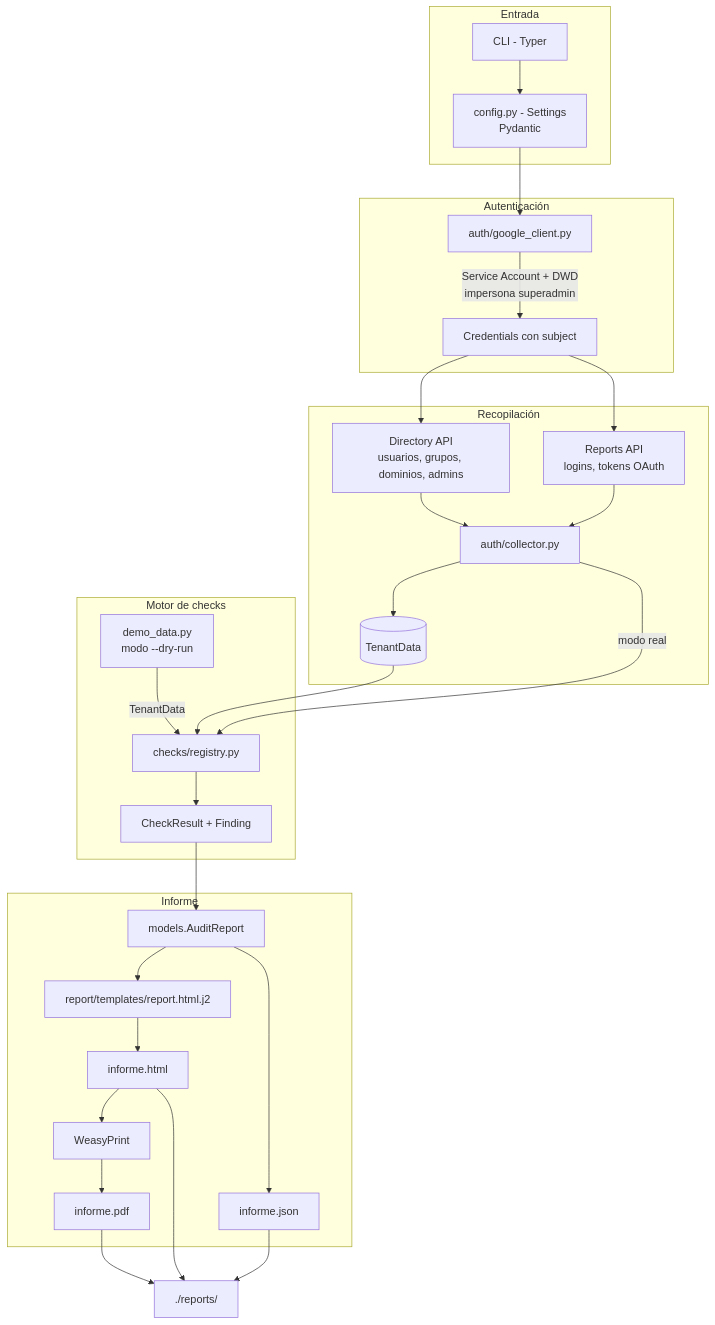
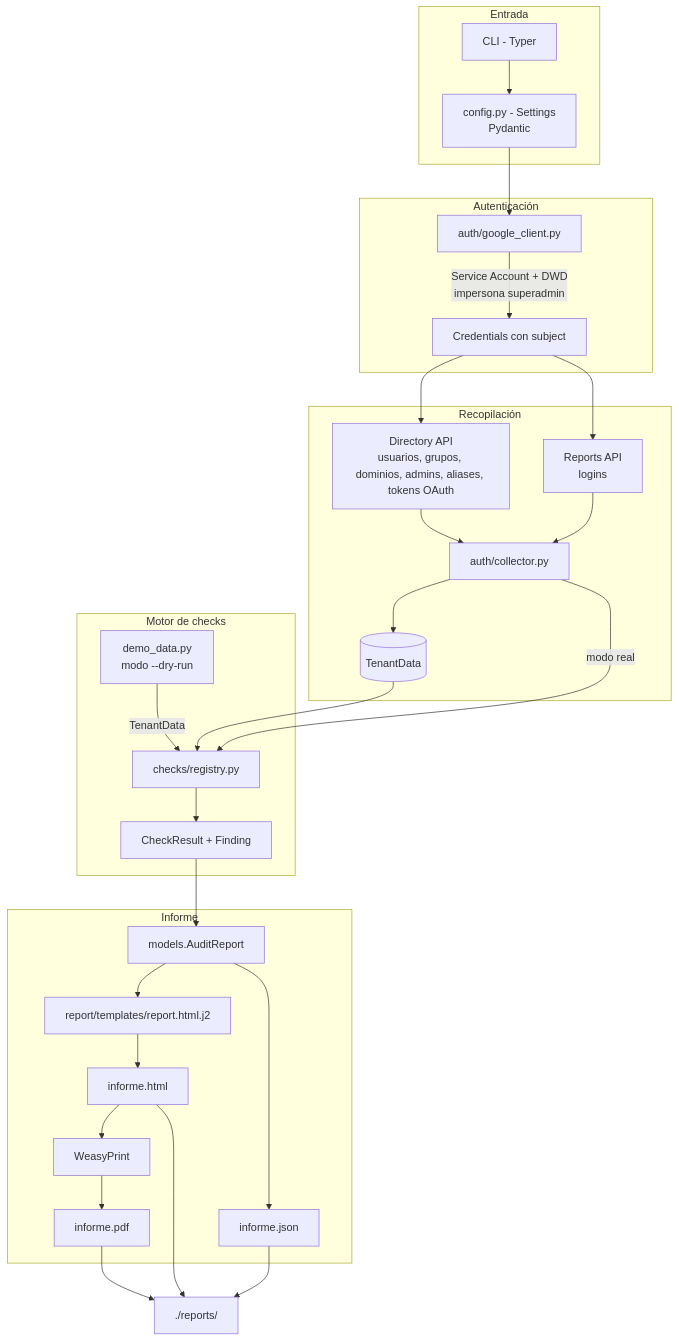
Before and after one commit to arulcancela/workspace-tenant-auditor: the diagram in ARCHITECTURE.md, drawn with Mermaid. The commit also changed other lines of this file and 5 other files, not shown here.

````diff
--- a/ARCHITECTURE.md
+++ b/ARCHITECTURE.md
@@ -9,38 +9,38 @@
 ```mermaid
 flowchart TD
     subgraph Entrada
         CLI[CLI - Typer] --> CFG[config.py - Settings\nPydantic]
     end
 
     subgraph Autenticación
         CFG --> AUTHC[auth/google_client.py]
         AUTHC -->|Service Account + DWD\nimpersona superadmin| CREDS[Credentials con subject]
     end
 
     subgraph Recopilación
-        CREDS --> DIR[Directory API\nusuarios, grupos, dominios, admins]
-        CREDS --> REP[Reports API\nlogins, tokens OAuth]
+        CREDS --> DIR[Directory API\nusuarios, grupos, dominios, admins, aliases, tokens OAuth]
+        CREDS --> REP[Reports API\nlogins]
         DIR --> COLL[auth/collector.py]
         REP --> COLL
         COLL --> DATA[(TenantData)]
     end
 
     subgraph Motor de checks
         COLL -->|modo real| ENGINE[checks/registry.py]
         DEMO[demo_data.py\nmodo --dry-run] -->|TenantData| ENGINE
         DATA --> ENGINE
         ENGINE --> RESULTS[CheckResult + Finding]
     end
 
     subgraph Informe
         RESULTS --> REPORT[models.AuditReport]
         REPORT --> TMPL[report/templates/report.html.j2]
         TMPL --> HTML[informe.html]
         HTML --> WEASY[WeasyPrint] --> PDF[informe.pdf]
         REPORT --> JSON[informe.json]
     end
 
     PDF --> OUT[./reports/]
     HTML --> OUT
     JSON --> OUT
 ```
````
